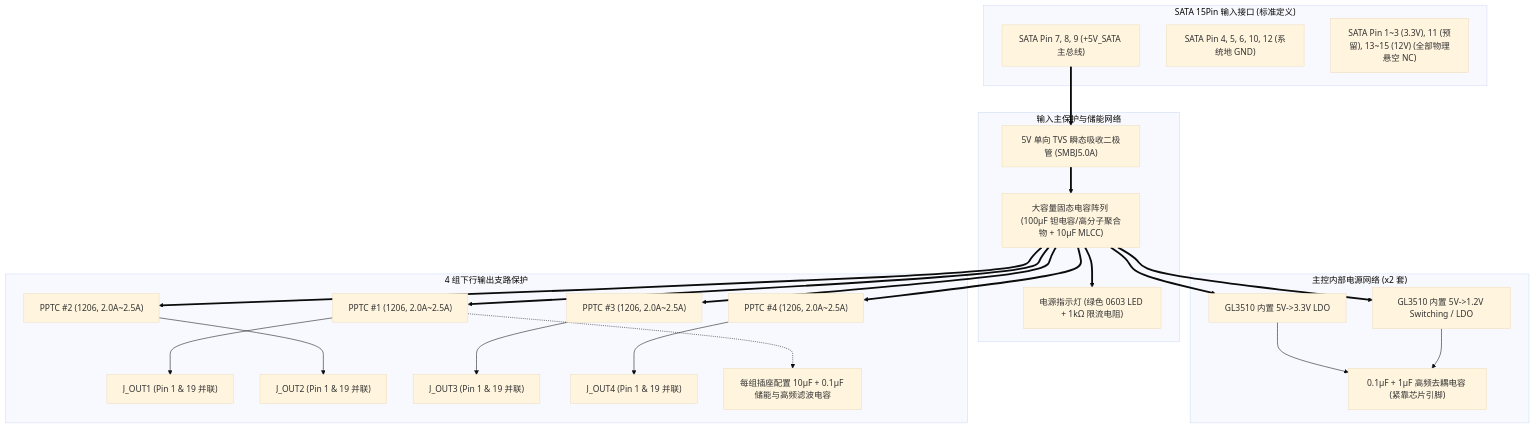
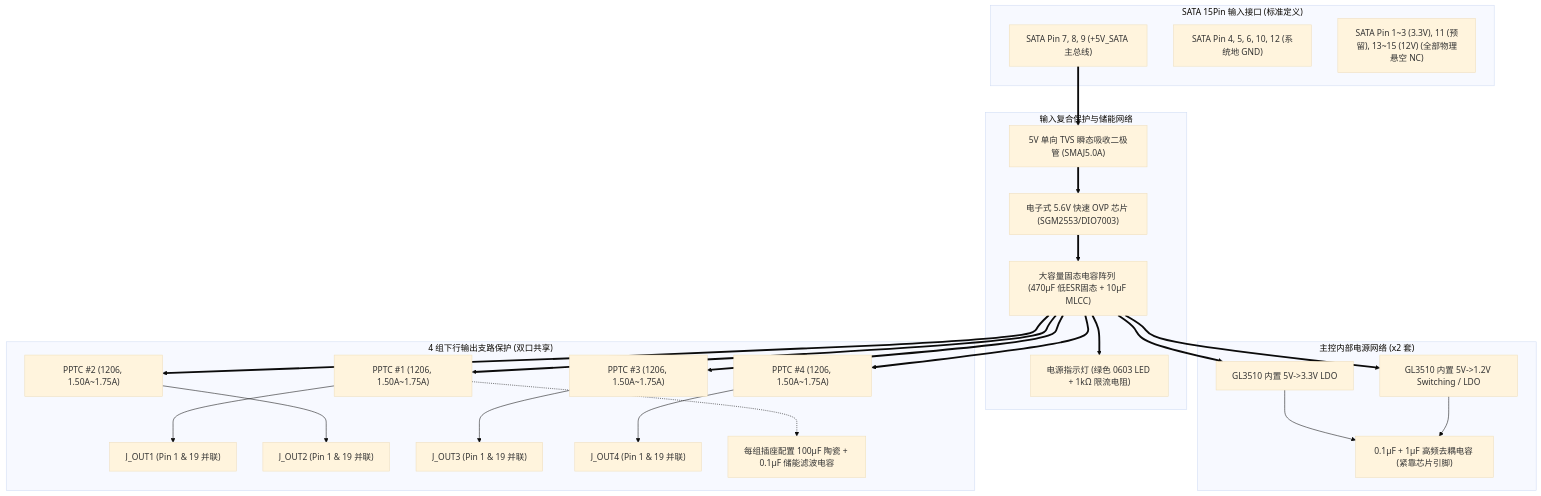
One commit to finnianryan/USB3_19Pin-Expansion-Board-Project changed the fourth of 5 diagrams in 02_System_Design/01_System_Architecture.md. Above: the diagram before and after it, drawn with Mermaid (base theme). The commit also changed other lines of this file and 7 other files, not shown here.

````diff
--- a/02_System_Design/01_System_Architecture.md
+++ b/02_System_Design/01_System_Architecture.md
@@ -277,41 +289,43 @@
 ```mermaid
 flowchart TD
     subgraph PSU_Input["SATA 15Pin 输入接口 (标准定义)"]
         Pin_5V["SATA Pin 7, 8, 9 (+5V_SATA 主总线)"]
         Pin_GND["SATA Pin 4, 5, 6, 10, 12 (系统地 GND)"]
         Pin_Other["SATA Pin 1~3 (3.3V), 11 (预留), 13~15 (12V) (全部物理悬空 NC)"]
     end
 
-    subgraph Protection_Input["输入主保护与储能网络"]
-        TVS_Main["5V 单向 TVS 瞬态吸收二极管 (SMBJ5.0A)"]
-        Cap_Bulk["大容量固态电容阵列 (100μF 钽电容/高分子聚合物 + 10μF MLCC)"]
+    subgraph Protection_Input["输入复合保护与储能网络"]
+        TVS_Main["5V 单向 TVS 瞬态吸收二极管 (SMAJ5.0A)"]
+        OVP_Chip["电子式 5.6V 快速 OVP 芯片 (SGM2553/DIO7003)"]
+        Cap_Bulk["大容量固态电容阵列 (470μF 低ESR固态 + 10μF MLCC)"]
         LED_Pwr["电源指示灯 (绿色 0603 LED + 1kΩ 限流电阻)"]
     end
 
     subgraph Internal_LDO["主控内部电源网络 (x2 套)"]
         LDO_33["GL3510 内置 5V->3.3V LDO"]
         DC_12["GL3510 内置 5V->1.2V Switching / LDO"]
         Cap_Decouple["0.1μF + 1μF 高频去耦电容 (紧靠芯片引脚)"]
     end
 
-    subgraph Port_Protection["4 组下行输出支路保护"]
-        PPTC1["PPTC #1 (1206, 2.0A~2.5A)"] --> VBUS1["J_OUT1 (Pin 1 & 19 并联)"]
-        PPTC2["PPTC #2 (1206, 2.0A~2.5A)"] --> VBUS2["J_OUT2 (Pin 1 & 19 并联)"]
-        PPTC3["PPTC #3 (1206, 2.0A~2.5A)"] --> VBUS3["J_OUT3 (Pin 1 & 19 并联)"]
-        PPTC4["PPTC #4 (1206, 2.0A~2.5A)"] --> VBUS4["J_OUT4 (Pin 1 & 19 并联)"]
-        Cap_Port["每组插座配置 10μF + 0.1μF 储能与高频滤波电容"]
+    subgraph Port_Protection["4 组下行输出支路保护 (双口共享)"]
+        PPTC1["PPTC #1 (1206, 1.50A~1.75A)"] --> VBUS1["J_OUT1 (Pin 1 & 19 并联)"]
+        PPTC2["PPTC #2 (1206, 1.50A~1.75A)"] --> VBUS2["J_OUT2 (Pin 1 & 19 并联)"]
+        PPTC3["PPTC #3 (1206, 1.50A~1.75A)"] --> VBUS3["J_OUT3 (Pin 1 & 19 并联)"]
+        PPTC4["PPTC #4 (1206, 1.50A~1.75A)"] --> VBUS4["J_OUT4 (Pin 1 & 19 并联)"]
+        Cap_Port["每组插座配置 100μF 陶瓷 + 0.1μF 储能滤波电容"]
     end
 
     Pin_5V ==> TVS_Main
-    TVS_Main ==> Cap_Bulk
+    TVS_Main ==> OVP_Chip
+    OVP_Chip ==> Cap_Bulk
     Cap_Bulk ==> LED_Pwr
     Cap_Bulk ==> PPTC1
     Cap_Bulk ==> PPTC2
     Cap_Bulk ==> PPTC3
     Cap_Bulk ==> PPTC4
     Cap_Bulk ==> LDO_33
     Cap_Bulk ==> DC_12
     LDO_33 --> Cap_Decouple
     DC_12 --> Cap_Decouple
     PPTC1 -.-> Cap_Port
 ```
````
